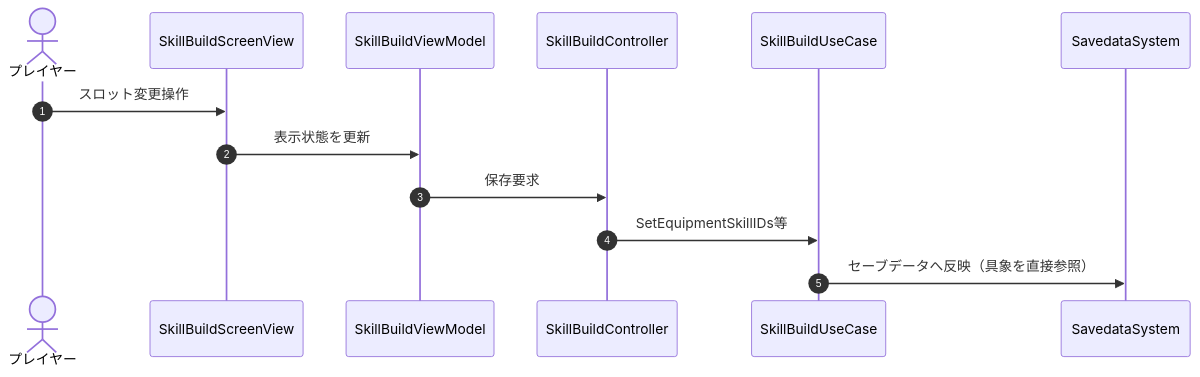
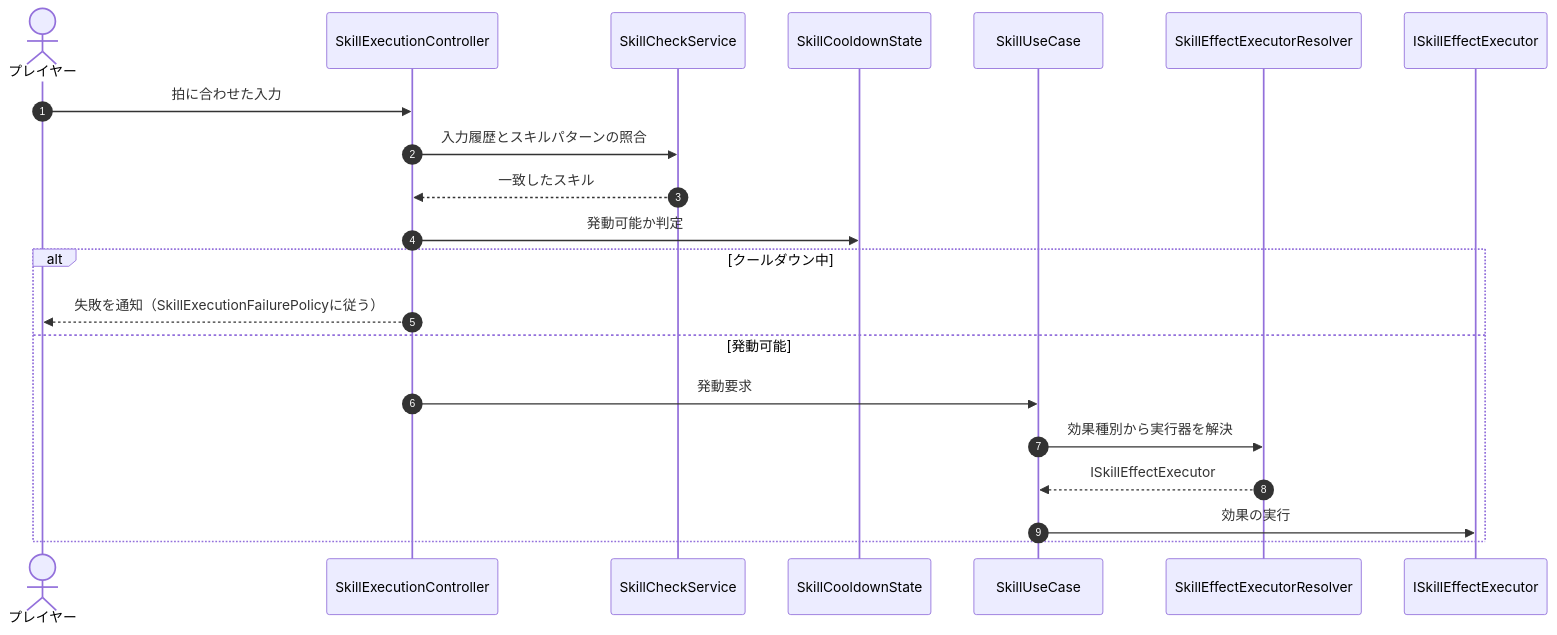
The second of 3 diagrams in Assets/Docs/ScriptsDocs/Modules/NotionModuleDocs/Skill.md (HIBIKI5201/SymphonyKillChord), drawn with Mermaid before and after one commit. The commit also changed other lines of this file and 3 other files, not shown here.

````diff
--- a/Assets/Docs/ScriptsDocs/Modules/NotionModuleDocs/Skill.md
+++ b/Assets/Docs/ScriptsDocs/Modules/NotionModuleDocs/Skill.md
@@ -126,16 +166,24 @@
 ```mermaid
 sequenceDiagram
     autonumber
     actor Player as プレイヤー
-    participant View as SkillBuildScreenView
-    participant VM as SkillBuildViewModel
-    participant Controller as SkillBuildController
-    participant UseCase as SkillBuildUseCase
-    participant SaveSys as SavedataSystem
+    participant Ctrl as SkillExecutionController
+    participant Check as SkillCheckService
+    participant Cooldown as SkillCooldownState
+    participant UseCase as SkillUseCase
+    participant Resolver as SkillEffectExecutorResolver
+    participant Executor as ISkillEffectExecutor
 
-    Player ->> View: スロット変更操作
-    View ->> VM: 表示状態を更新
-    VM ->> Controller: 保存要求
-    Controller ->> UseCase: SetEquipmentSkillIDs等
-    UseCase ->> SaveSys: セーブデータへ反映（具象を直接参照）
+    Player ->> Ctrl: 拍に合わせた入力
+    Ctrl ->> Check: 入力履歴とスキルパターンの照合
+    Check -->> Ctrl: 一致したスキル
+    Ctrl ->> Cooldown: 発動可能か判定
+    alt クールダウン中
+        Ctrl -->> Player: 失敗を通知（SkillExecutionFailurePolicyに従う）
+    else 発動可能
+        Ctrl ->> UseCase: 発動要求
+        UseCase ->> Resolver: 効果種別から実行器を解決
+        Resolver -->> UseCase: ISkillEffectExecutor
+        UseCase ->> Executor: 効果の実行
+    end
 ```
````
